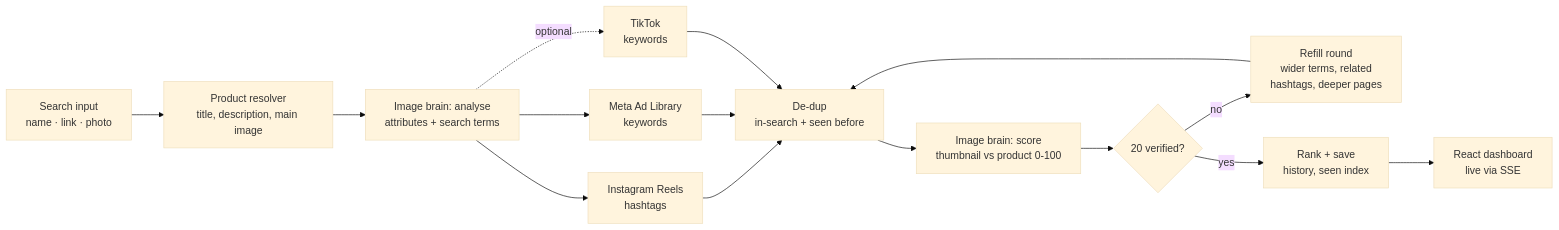
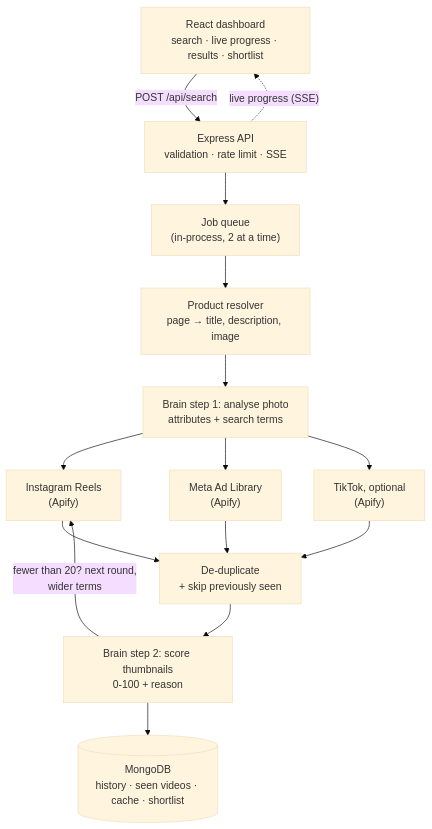
The diagram in README.md (AaryanNIET/product-video-discovery), drawn with Mermaid (base theme) before and after one commit. The commit also changed other lines of this file, not shown here.

Commit message:
README: shorter and more honest; add MVP architecture, problems faced and fixes

````diff
--- a/README.md
+++ b/README.md
@@ -78,15 +39,21 @@
 ```mermaid
-flowchart LR
-    A[Search input<br/>name · link · photo] --> B[Product resolver<br/>title, description, main image]
-    B --> C[Image brain: analyse<br/>attributes + search terms]
-    C --> D1[Instagram Reels<br/>hashtags]
-    C --> D2[Meta Ad Library<br/>keywords]
-    C -.optional.-> D3[TikTok<br/>keywords]
-    D1 & D2 & D3 --> E[De-dup<br/>in-search + seen before]
-    E --> F[Image brain: score<br/>thumbnail vs product 0-100]
-    F --> G{20 verified?}
-    G -- no --> H[Refill round<br/>wider terms, related<br/>hashtags, deeper pages]
-    H --> E
-    G -- yes --> I[Rank + save<br/>history, seen index]
-    I --> J[React dashboard<br/>live via SSE]
+flowchart TD
+    UI["React dashboard<br/>search · live progress · results · shortlist"]
+    API["Express API<br/>validation · rate limit · SSE"]
+    Q["Job queue<br/>(in-process, 2 at a time)"]
+    R["Product resolver<br/>page → title, description, image"]
+    B1["Brain step 1: analyse photo<br/>attributes + search terms"]
+    IG["Instagram Reels<br/>(Apify)"]
+    MT["Meta Ad Library<br/>(Apify)"]
+    TT["TikTok, optional<br/>(Apify)"]
+    D["De-duplicate<br/>+ skip previously seen"]
+    B2["Brain step 2: score thumbnails<br/>0-100 + reason"]
+    DB[("MongoDB<br/>history · seen videos · cache · shortlist")]
+
+    UI -- "POST /api/search" --> API --> Q --> R --> B1
+    B1 --> IG & MT & TT
+    IG & MT & TT --> D --> B2
+    B2 -- "fewer than 20? next round,<br/>wider terms" --> IG
+    B2 --> DB
+    API -. "live progress (SSE)" .-> UI
 ```
````
